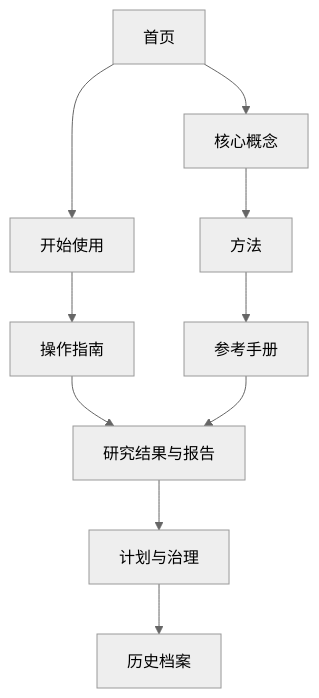
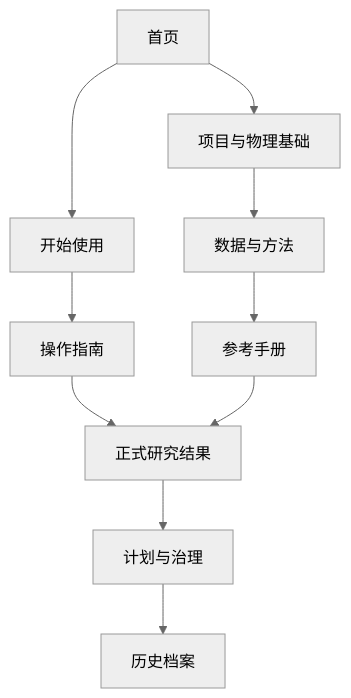
One commit to fangtoast/phc2d changed the diagram in docs/README.md. Above: the diagram before and after it, drawn with Mermaid (neutral theme). The commit also changed other lines of this file and 74 other files, not shown here.

````diff
--- a/docs/README.md
+++ b/docs/README.md
@@ -41,12 +41,12 @@
 ```mermaid
 flowchart TD
     H["首页"] --> S["开始使用"]
-    H --> C["核心概念"]
-    C --> M["方法"]
+    H --> C["项目与物理基础"]
+    C --> M["数据与方法"]
     S --> G["操作指南"]
     M --> R["参考手册"]
-    G --> E["研究结果与报告"]
+    G --> E["正式研究结果"]
     R --> E
     E --> V["计划与治理"]
     V --> A["历史档案"]
 ```
````
